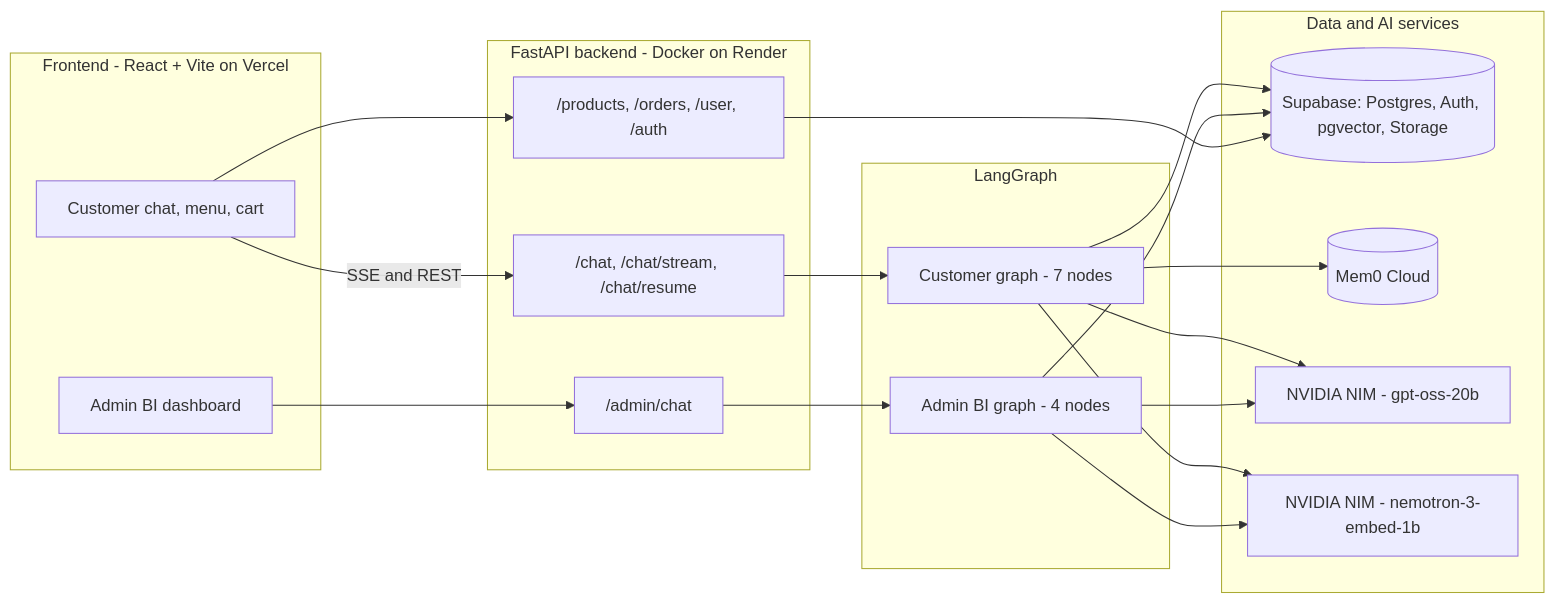
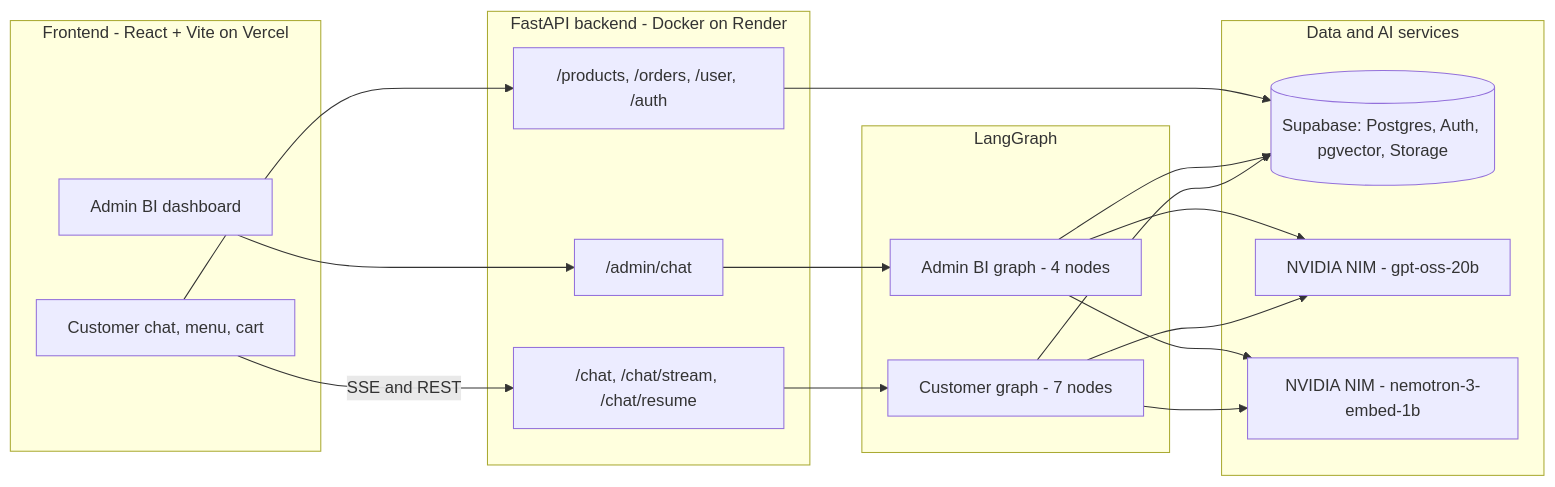
The first of 5 diagrams in README.md (Pandharimaske/Multi-Agent-Commerce-Platform-for-Coffee-Shop), drawn with Mermaid before and after one commit. The commit also changed other lines of this file and 7 other files, not shown here.

````diff
--- a/README.md
+++ b/README.md
@@ -90,39 +89,37 @@
 ```mermaid
 flowchart LR
     subgraph Client["Frontend - React + Vite on Vercel"]
         CUI["Customer chat, menu, cart"]
         AUI["Admin BI dashboard"]
     end
 
     subgraph API["FastAPI backend - Docker on Render"]
         CH["/chat, /chat/stream, /chat/resume"]
         AD["/admin/chat"]
         REST["/products, /orders, /user, /auth"]
     end
 
     subgraph Graphs["LangGraph"]
         CG["Customer graph - 7 nodes"]
         AG["Admin BI graph - 4 nodes"]
     end
 
     subgraph Services["Data and AI services"]
         SB[("Supabase: Postgres, Auth, pgvector, Storage")]
-        M0[("Mem0 Cloud")]
         LLM["NVIDIA NIM - gpt-oss-20b"]
         EMB["NVIDIA NIM - nemotron-3-embed-1b"]
     end
 
     CUI -->|SSE and REST| CH
     CUI --> REST
     AUI --> AD
     CH --> CG
     AD --> AG
     CG --> SB
-    CG --> M0
     CG --> LLM
     CG --> EMB
     AG --> SB
     AG --> LLM
     AG --> EMB
     REST --> SB
 ```
````
